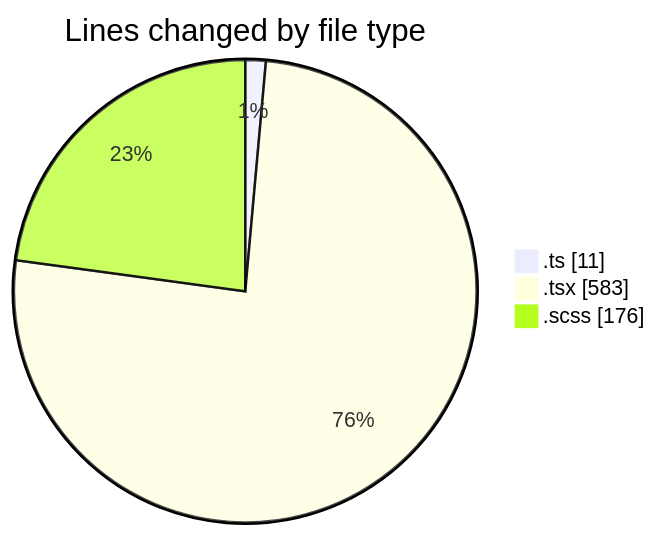
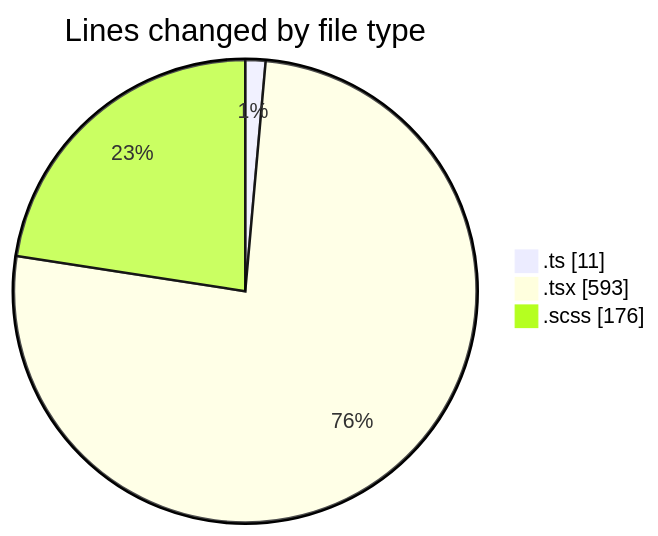
Before and after one commit to momahboobian/code-tracking: the first of 2 diagrams in 2025-03-21/cda/README.md, drawn with Mermaid. The commit also changed other lines of this file and 1 other file, not shown here.

````diff
--- a/2025-03-21/cda/README.md
+++ b/2025-03-21/cda/README.md
@@ -25,7 +25,7 @@
 ```mermaid
 pie showData
 title Lines changed by file type
 ".ts" : 11
-".tsx" : 583
+".tsx" : 593
 ".scss" : 176
 ```
````
